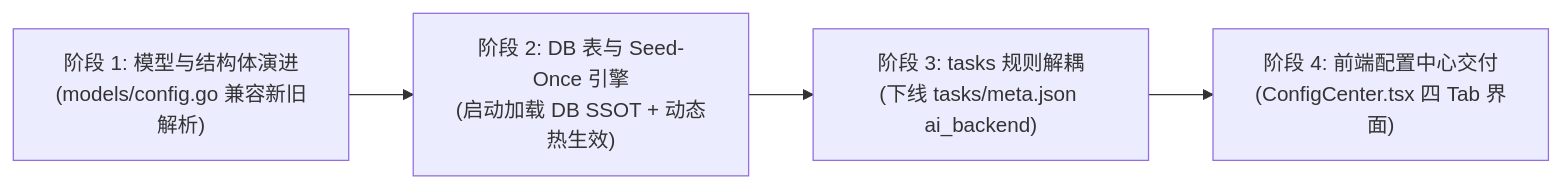
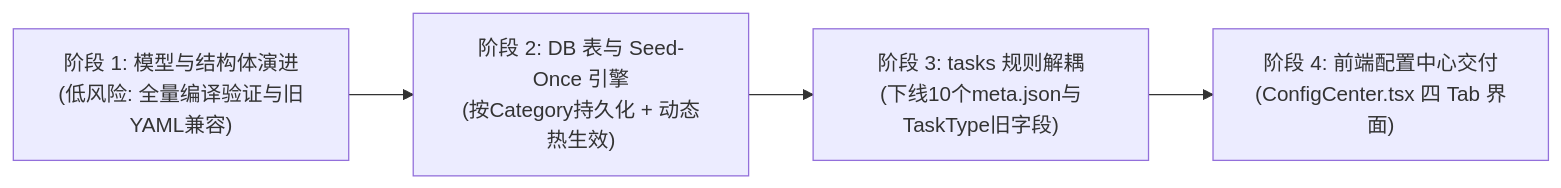
The fourth of 4 diagrams in docs/native-llm-architecture/02-CodeShield-AI执行引擎与企业治理配置架构优化设计.md (fugui/code-shield), drawn with Mermaid before and after one commit. The commit also changed other lines of this file, not shown here.

````diff
--- a/docs/native-llm-architecture/02-CodeShield-AI执行引擎与企业治理配置架构优化设计.md
+++ b/docs/native-llm-architecture/02-CodeShield-AI执行引擎与企业治理配置架构优化设计.md
@@ -559,6 +588,6 @@
 ```mermaid
 graph LR
-    P1["阶段 1: 模型与结构体演进<br/>(models/config.go 兼容新旧解析)"] --> P2["阶段 2: DB 表与 Seed-Once 引擎<br/>(启动加载 DB SSOT + 动态热生效)"]
-    P2 --> P3["阶段 3: tasks 规则解耦<br/>(下线 tasks/meta.json ai_backend)"]
+    P1["阶段 1: 模型与结构体演进<br/>(低风险: 全量编译验证与旧YAML兼容)"] --> P2["阶段 2: DB 表与 Seed-Once 引擎<br/>(按Category持久化 + 动态热生效)"]
+    P2 --> P3["阶段 3: tasks 规则解耦<br/>(下线10个meta.json与TaskType旧字段)"]
     P3 --> P4["阶段 4: 前端配置中心交付<br/>(ConfigCenter.tsx 四 Tab 界面)"]
 ```
````
